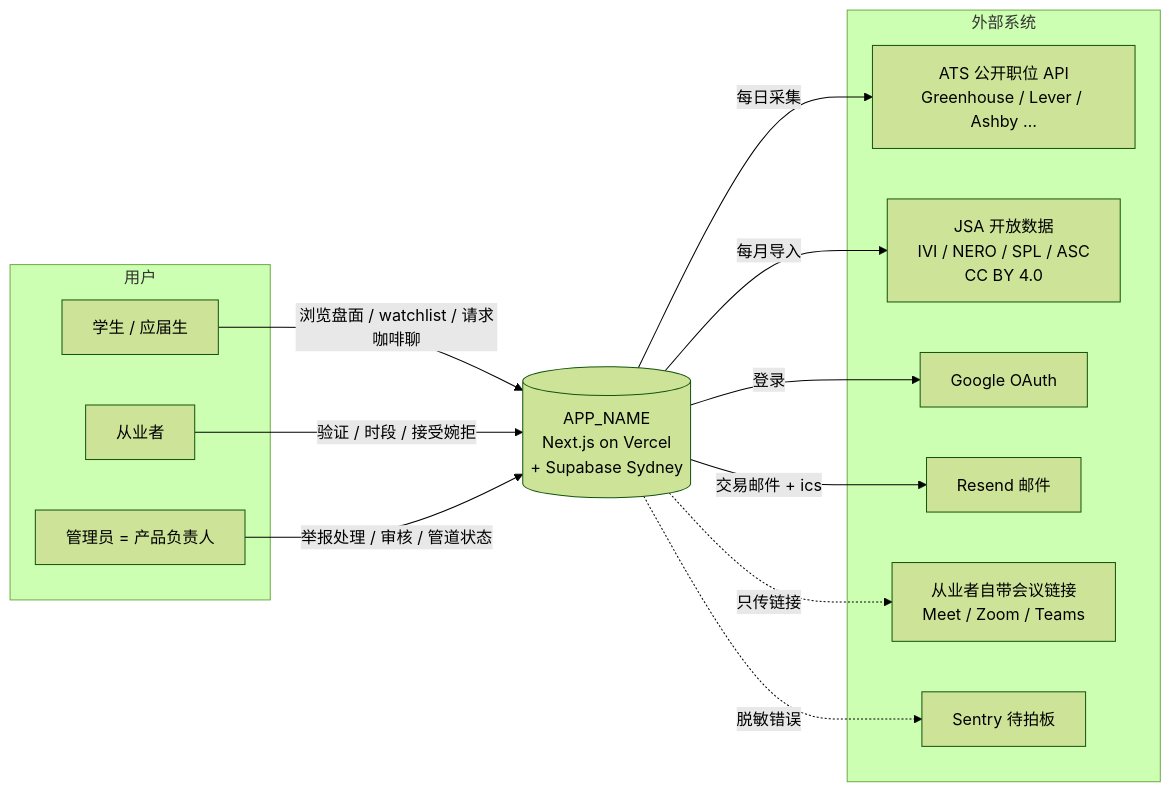
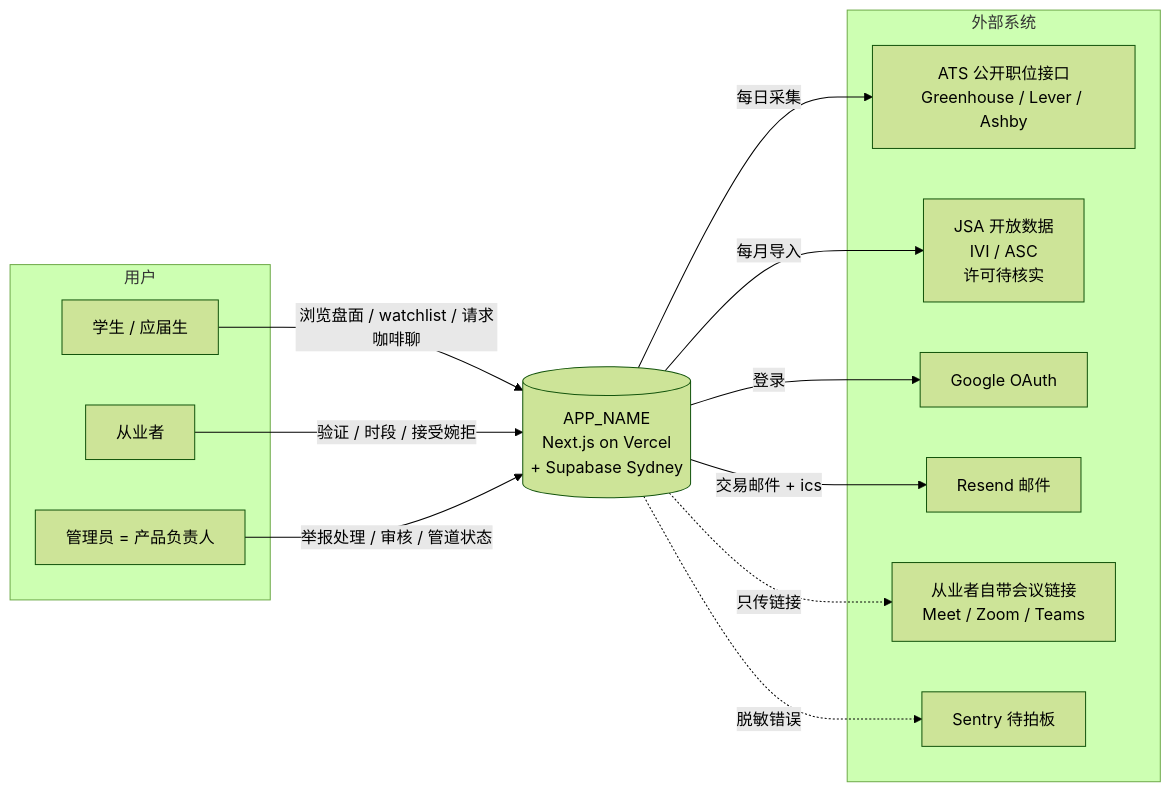
Before and after one commit to plcme/skill-market: the first of 9 diagrams in docs/ARCHITECTURE.md, drawn with Mermaid (forest theme). The commit also changed other lines of this file and 6 other files, not shown here.

````diff
--- a/docs/ARCHITECTURE.md
+++ b/docs/ARCHITECTURE.md
@@ -73,26 +73,26 @@
 ```mermaid
 flowchart LR
     subgraph users[用户]
         S["学生 / 应届生"]
         P[从业者]
         A["管理员 = 产品负责人"]
     end
     subgraph ext[外部系统]
-        ATS["ATS 公开职位 API<br/>Greenhouse / Lever / Ashby …"]
-        JSA["JSA 开放数据<br/>IVI / NERO / SPL / ASC<br/>CC BY 4.0"]
+        ATS["ATS 公开职位接口<br/>Greenhouse / Lever / Ashby"]
+        JSA["JSA 开放数据<br/>IVI / ASC<br/>许可待核实"]
         GOOG[Google OAuth]
         RES[Resend 邮件]
         VID["从业者自带会议链接<br/>Meet / Zoom / Teams"]
         SEN[Sentry 待拍板]
     end
     SYS[("APP_NAME<br/>Next.js on Vercel<br/>+ Supabase Sydney")]
     S -- 浏览盘面 / watchlist / 请求咖啡聊 --> SYS
     P -- 验证 / 时段 / 接受婉拒 --> SYS
     A -- 举报处理 / 审核 / 管道状态 --> SYS
     SYS -- 每日采集 --> ATS
     SYS -- 每月导入 --> JSA
     SYS -- 登录 --> GOOG
     SYS -- 交易邮件 + ics --> RES
     SYS -. 只传链接 .-> VID
     SYS -. 脱敏错误 .-> SEN
 ```
````
